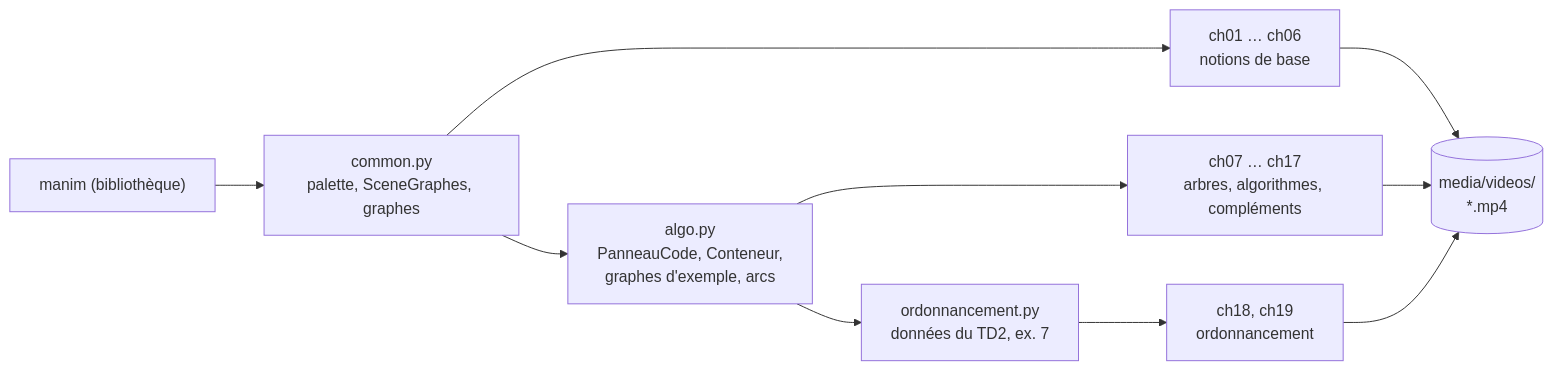
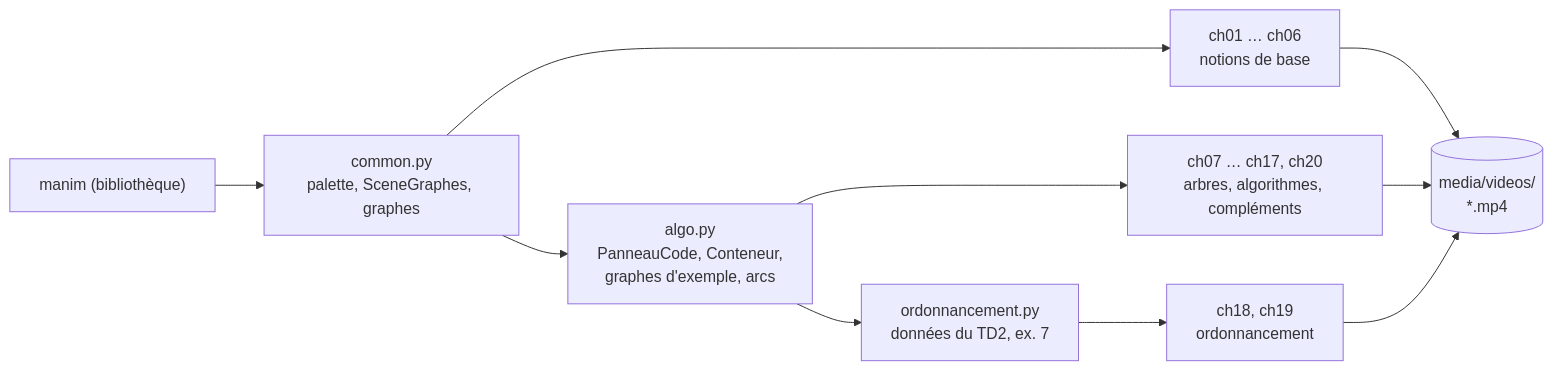
One commit to sikoso774/revisions-maths changed the first of 2 diagrams in ARCHITECTURE.md. Above: the diagram before and after it, drawn with Mermaid. The commit also changed other lines of this file and 3 other files, not shown here.

````diff
--- a/ARCHITECTURE.md
+++ b/ARCHITECTURE.md
@@ -9,12 +9,12 @@
 ```mermaid
 flowchart LR
     manim["manim (bibliothèque)"] --> common
     common["common.py<br/>palette, SceneGraphes, graphes"] --> c16["ch01 … ch06<br/>notions de base"]
     common --> algo
-    algo["algo.py<br/>PanneauCode, Conteneur,<br/>graphes d'exemple, arcs"] --> c714["ch07 … ch17<br/>arbres, algorithmes, compléments"]
+    algo["algo.py<br/>PanneauCode, Conteneur,<br/>graphes d'exemple, arcs"] --> c714["ch07 … ch17, ch20<br/>arbres, algorithmes, compléments"]
     algo --> ordo["ordonnancement.py<br/>données du TD2, ex. 7"]
     ordo --> c1819["ch18, ch19<br/>ordonnancement"]
     c16 --> media[("media/videos/<br/>*.mp4")]
     c714 --> media
     c1819 --> media
 ```
````
